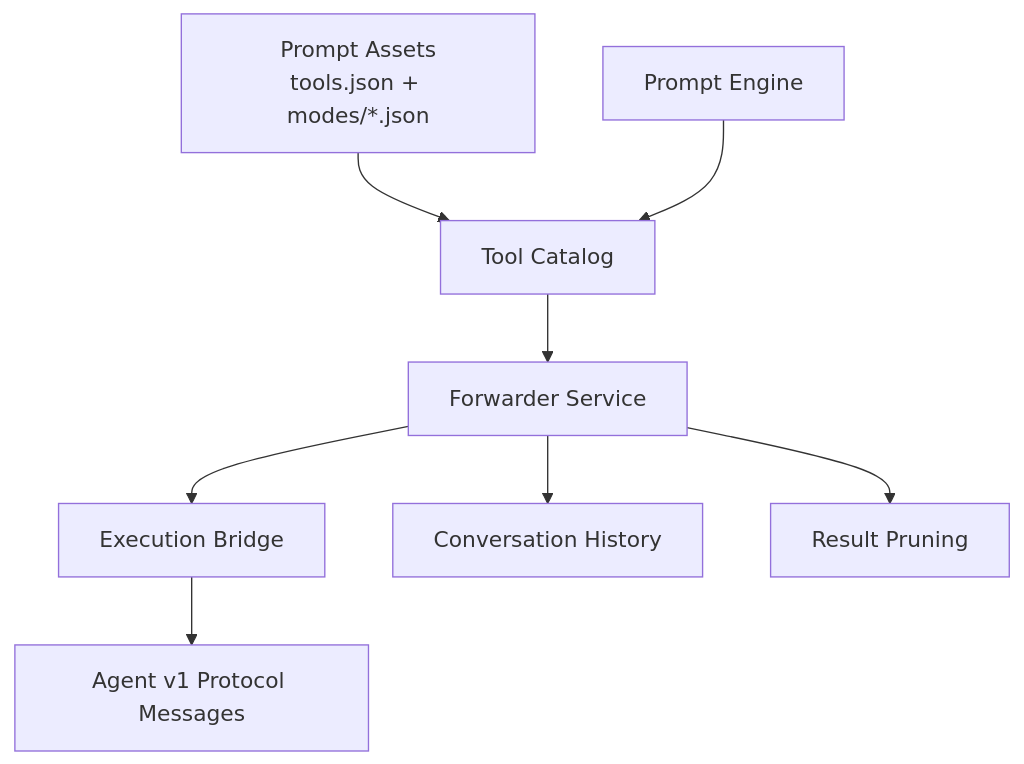
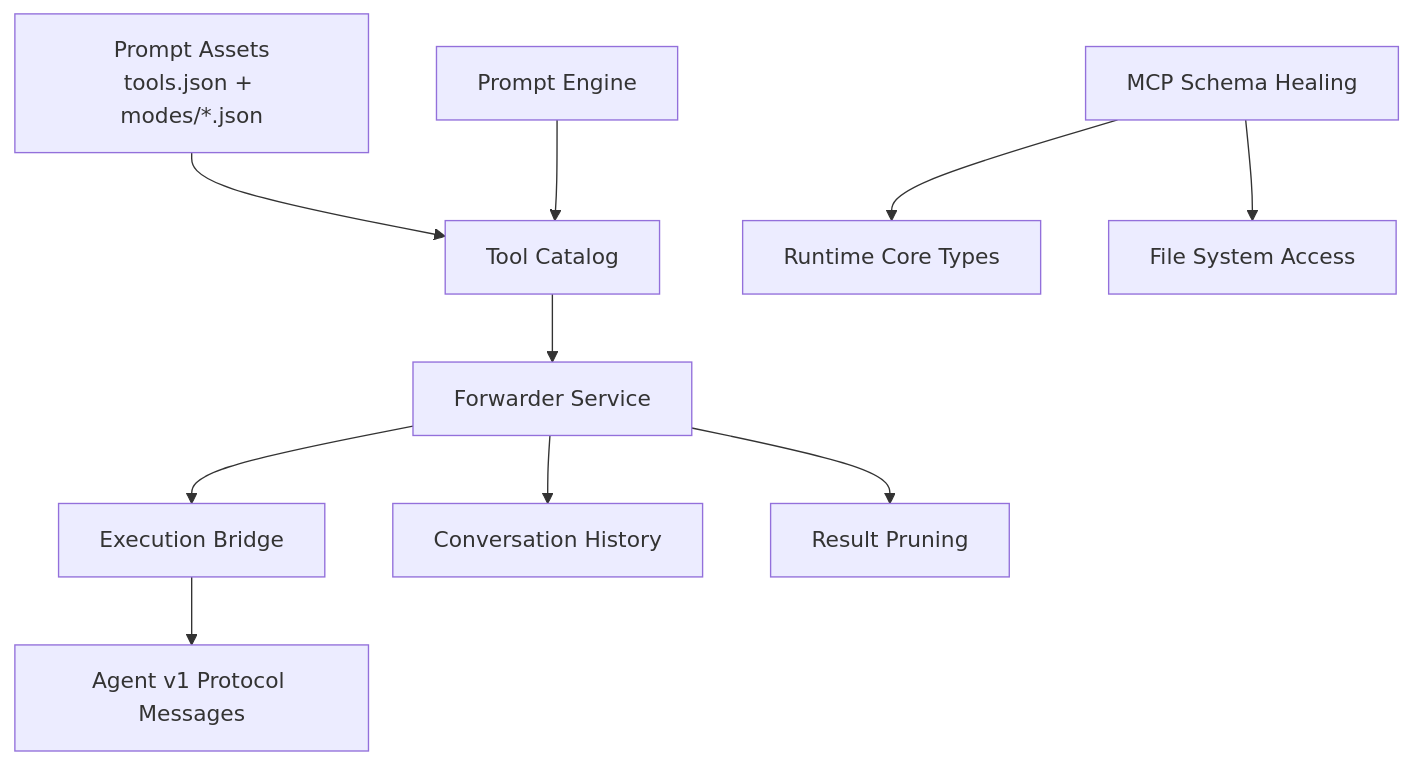
One commit to philau2512/cursor-byok-go-v2 changed the ninth of 9 diagrams in .qoder/repowiki/en/content/Agent Protocol Support/Tool Execution Engine.md. Above: the diagram before and after it, drawn with Mermaid. The commit also changed other lines of this file and 9 other files, not shown here.

First line of the commit message:
feat(mcp): enhance MCP schema discovery and error recovery

````diff
--- a/.qoder/repowiki/en/content/Agent Protocol Support/Tool Execution Engine.md
+++ b/.qoder/repowiki/en/content/Agent Protocol Support/Tool Execution Engine.md
@@ -353,10 +465,12 @@
 ```mermaid
 graph TB
 PromptAssets["Prompt Assets<br/>tools.json + modes/*.json"] --> Catalog["Tool Catalog"]
 Catalog --> Forwarder["Forwarder Service"]
 Forwarder --> Bridge["Execution Bridge"]
 Bridge --> Protocol["Agent v1 Protocol Messages"]
 Forwarder --> History["Conversation History"]
 Forwarder --> Pruning["Result Pruning"]
 PromptEngine["Prompt Engine"] --> Catalog
+MCPSchemaHeal["MCP Schema Healing"] --> RuntimeCore["Runtime Core Types"]
+MCPSchemaHeal --> FileSystem["File System Access"]
 ```
````
